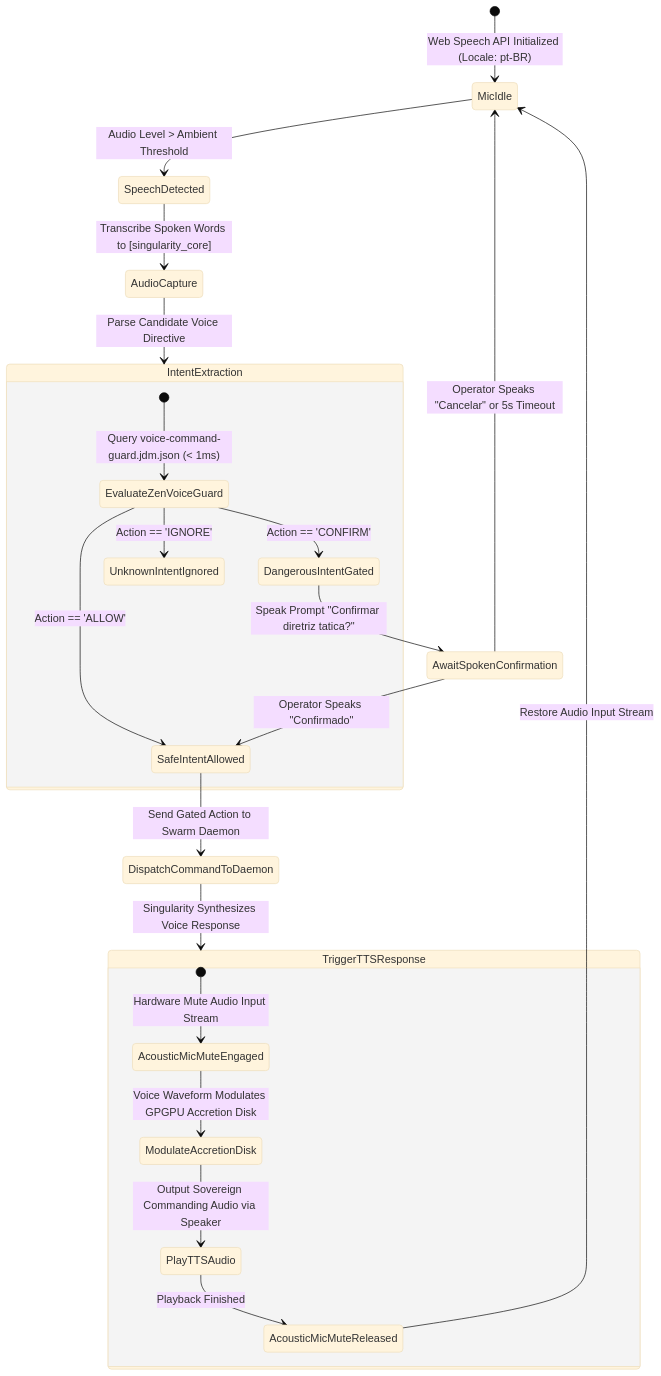
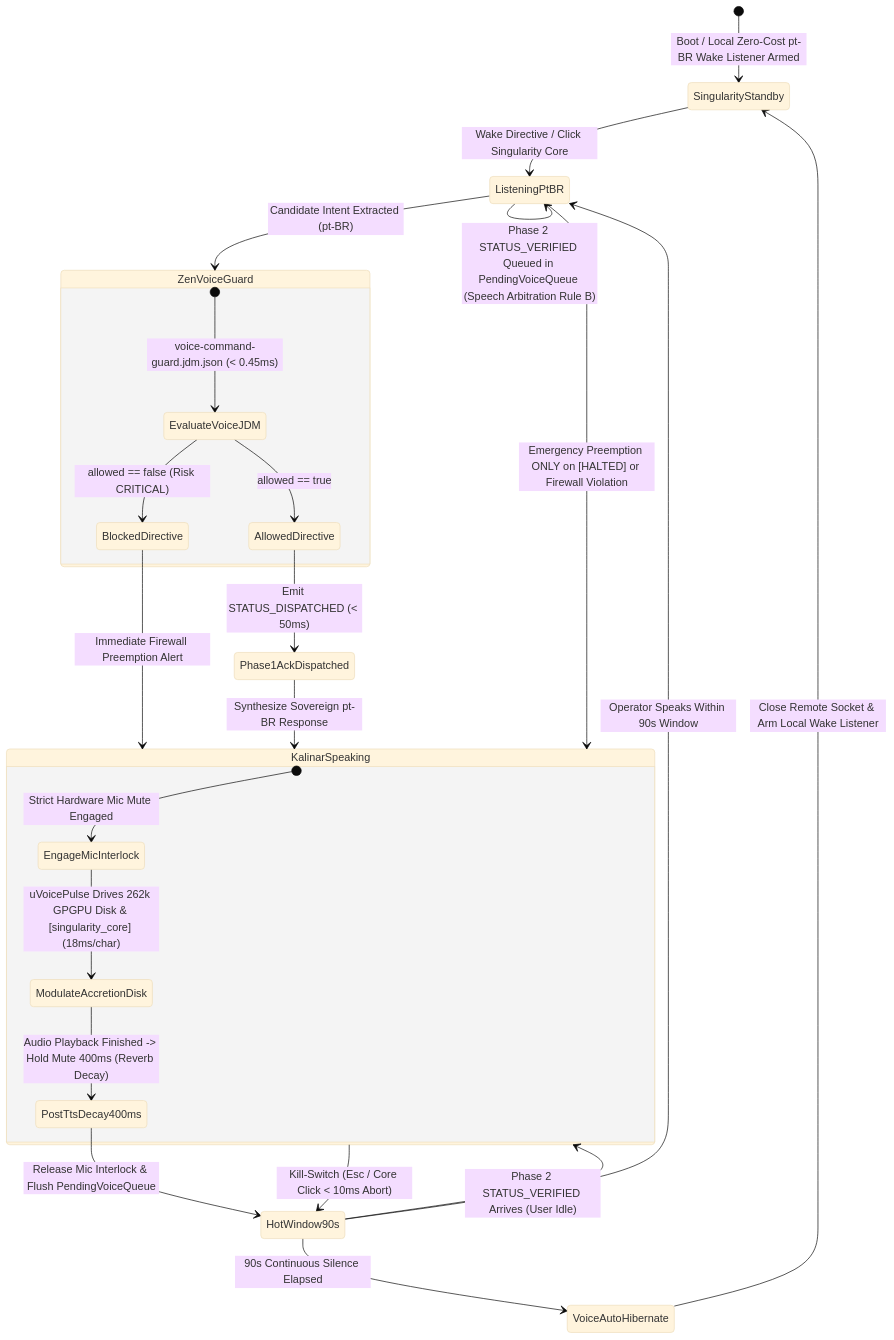
The second of 5 diagrams in .antigravity/blueprint/03_APP_FLOW.md (code-thiago/kalinar-agent-galaxy-os), drawn with Mermaid (base theme) before and after one commit. The commit also changed other lines of this file and 28 other files, not shown here.

Commit message:
feat(singularity): implement 7 voice laws, fifo agent queue, and argon/claude/gemini model router [v1.1.0]

````diff
--- a/.antigravity/blueprint/03_APP_FLOW.md
+++ b/.antigravity/blueprint/03_APP_FLOW.md
@@ -91,31 +71,35 @@
 ```mermaid
 stateDiagram-v2
-    [*] --> MicIdle: Web Speech API Initialized (Locale: pt-BR)
+    [*] --> SingularityStandby: Boot / Local Zero-Cost pt-BR Wake Listener Armed
     
-    MicIdle --> SpeechDetected: Audio Level > Ambient Threshold
-    SpeechDetected --> AudioCapture: Transcribe Spoken Words to [singularity_core]
-    AudioCapture --> IntentExtraction: Parse Candidate Voice Directive
+    SingularityStandby --> ListeningPtBR: Wake Directive / Click Singularity Core
+    ListeningPtBR --> ZenVoiceGuard: Candidate Intent Extracted (pt-BR)
     
-    state IntentExtraction {
-        [*] --> EvaluateZenVoiceGuard: Query voice-command-guard.jdm.json (< 1ms)
-        EvaluateZenVoiceGuard --> SafeIntentAllowed: Action == 'ALLOW'
-        EvaluateZenVoiceGuard --> DangerousIntentGated: Action == 'CONFIRM'
-        EvaluateZenVoiceGuard --> UnknownIntentIgnored: Action == 'IGNORE'
+    state ZenVoiceGuard {
+        [*] --> EvaluateVoiceJDM: voice-command-guard.jdm.json (< 0.45ms)
+        EvaluateVoiceJDM --> AllowedDirective: allowed == true
+        EvaluateVoiceJDM --> BlockedDirective: allowed == false (Risk CRITICAL)
     }
 
-    DangerousIntentGated --> AwaitSpokenConfirmation: Speak Prompt "Confirmar diretriz tatica?"
-    AwaitSpokenConfirmation --> SafeIntentAllowed: Operator Speaks "Confirmado"
-    AwaitSpokenConfirmation --> MicIdle: Operator Speaks "Cancelar" or 5s Timeout
-
-    SafeIntentAllowed --> DispatchCommandToDaemon: Send Gated Action to Swarm Daemon
-    DispatchCommandToDaemon --> TriggerTTSResponse: Singularity Synthesizes Voice Response
+    AllowedDirective --> Phase1AckDispatched: Emit STATUS_DISPATCHED (< 50ms)
+    BlockedDirective --> KalinarSpeaking: Immediate Firewall Preemption Alert
     
-    state TriggerTTSResponse {
-        [*] --> AcousticMicMuteEngaged: Hardware Mute Audio Input Stream
-        AcousticMicMuteEngaged --> ModulateAccretionDisk: Voice Waveform Modulates GPGPU Accretion Disk
-        ModulateAccretionDisk --> PlayTTSAudio: Output Sovereign Commanding Audio via Speaker
-        PlayTTSAudio --> AcousticMicMuteReleased: Playback Finished
+    Phase1AckDispatched --> KalinarSpeaking: Synthesize Sovereign pt-BR Response
+    
+    state KalinarSpeaking {
+        [*] --> EngageMicInterlock: Strict Hardware Mic Mute Engaged
+        EngageMicInterlock --> ModulateAccretionDisk: uVoicePulse Drives 262k GPGPU Disk & [singularity_core] (18ms/char)
+        ModulateAccretionDisk --> PostTtsDecay400ms: Audio Playback Finished -> Hold Mute 400ms (Reverb Decay)
     }
 
-    AcousticMicMuteReleased --> MicIdle: Restore Audio Input Stream
+    KalinarSpeaking --> HotWindow90s: Kill-Switch (Esc / Core Click < 10ms Abort)
+    PostTtsDecay400ms --> HotWindow90s: Release Mic Interlock & Flush PendingVoiceQueue
+    
+    HotWindow90s --> ListeningPtBR: Operator Speaks Within 90s Window
+    HotWindow90s --> KalinarSpeaking: Phase 2 STATUS_VERIFIED Arrives (User Idle)
+    ListeningPtBR --> ListeningPtBR: Phase 2 STATUS_VERIFIED Queued in PendingVoiceQueue (Speech Arbitration Rule B)
+    ListeningPtBR --> KalinarSpeaking: Emergency Preemption ONLY on [HALTED] or Firewall Violation
+    
+    HotWindow90s --> VoiceAutoHibernate: 90s Continuous Silence Elapsed
+    VoiceAutoHibernate --> SingularityStandby: Close Remote Socket & Arm Local Wake Listener
 ```
````
